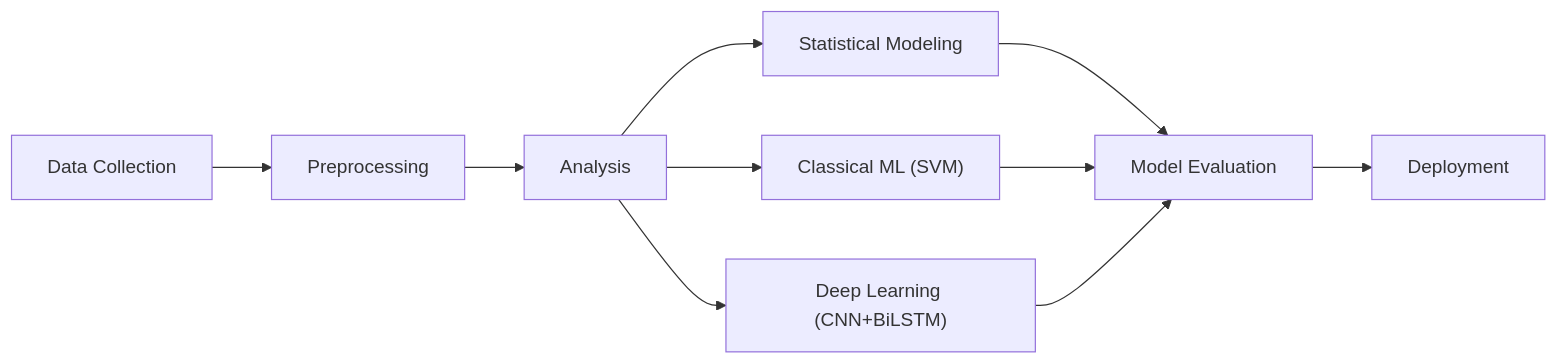
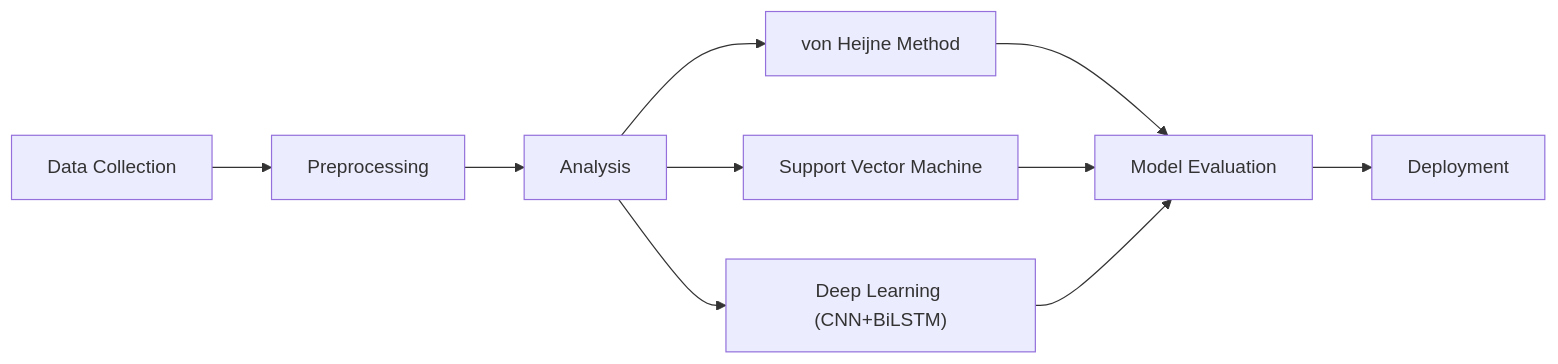
The diagram in README.md (agamboa7/lab2-team10), drawn with Mermaid before and after one commit. The commit also changed other lines of this file, not shown here.

`````diff
--- a/README.md
+++ b/README.md
@@ -54,12 +54,12 @@
 ```mermaid
 graph LR
     A[" Data Collection"] --> B[" Preprocessing"]
     B --> C["Analysis"]
-    C --> D["Statistical Modeling"]
-    C --> E["Classical ML (SVM)"]
+    C --> D["von Heijne Method"]
+    C --> E["Support Vector Machine"]
     C --> F["Deep Learning (CNN+BiLSTM)"]
     D --> G["Model Evaluation"]
     E --> G
     F --> G
     G --> H["Deployment"]
 ````
`````
